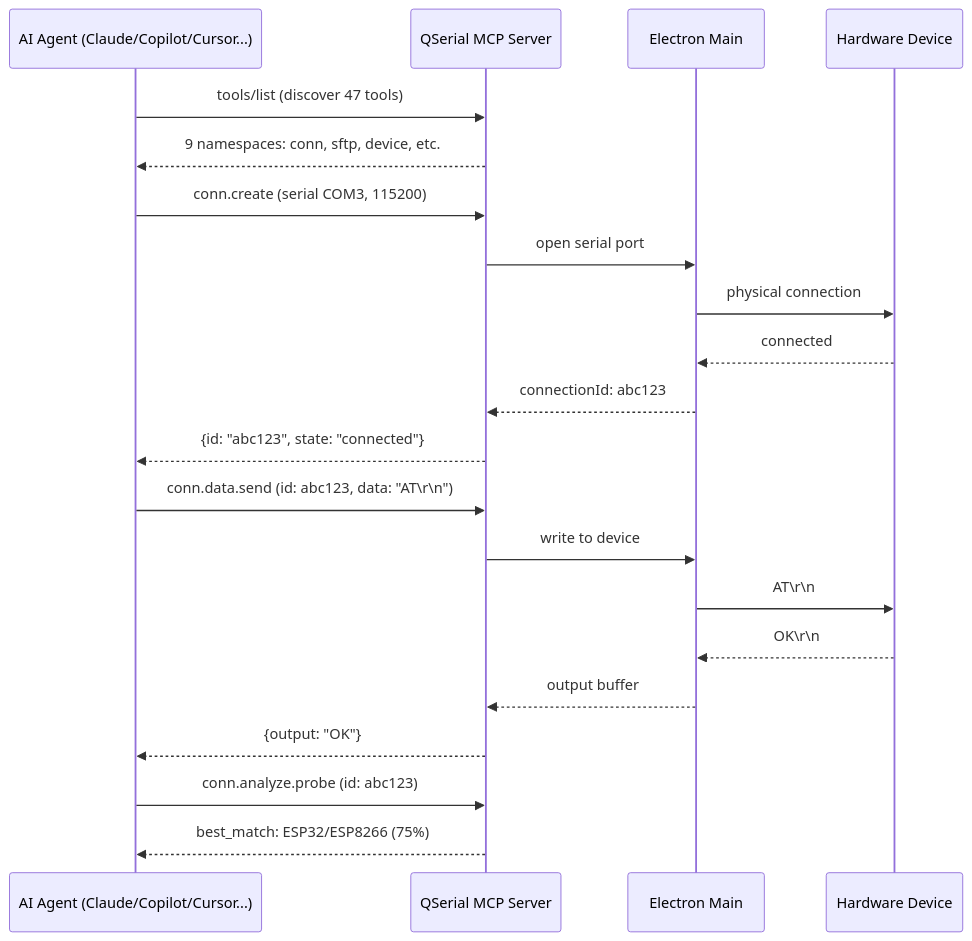
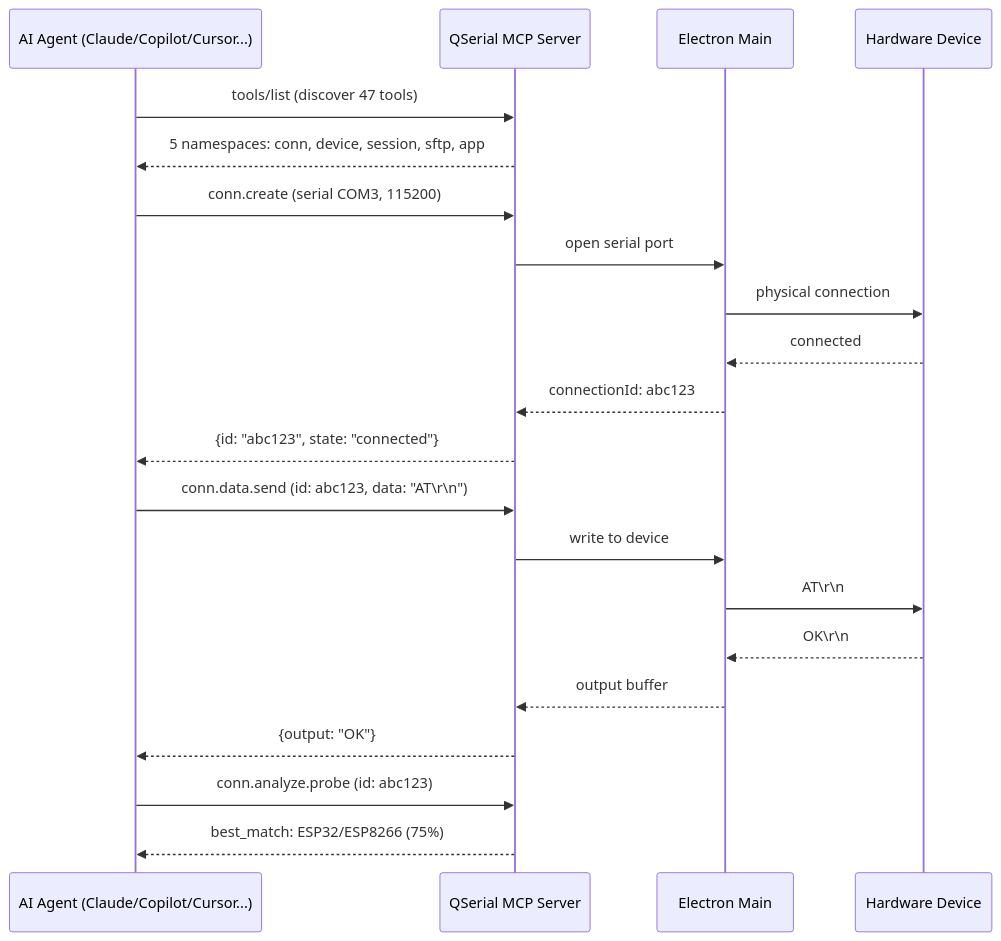
One commit to keleein/QSerial changed the diagram in README.md. Above: the diagram before and after it, drawn with Mermaid. The commit also changed 2 other files, not shown here.

Commit message:
fix(mcp): show sftp/record tools in MCP dialog and sync docs
- add record/sftp to CAT_ORDER so all 47 tools are visible in the dialog
- gitignore .reasonix/ (Codex desktop cache)
- README: correct namespace count from 9 to 5

````diff
--- a/README.md
+++ b/README.md
@@ -7,27 +7,27 @@
 ```mermaid
 sequenceDiagram
     participant AI as AI Agent (Claude/Copilot/Cursor...)
     participant MCP as QSerial MCP Server
     participant IPC as Electron Main
     participant HW as Hardware Device
 
     AI->>MCP: tools/list (discover 47 tools)
-    MCP-->>AI: 9 namespaces: conn, sftp, device, etc.
+    MCP-->>AI: 5 namespaces: conn, device, session, sftp, app
 
     AI->>MCP: conn.create (serial COM3, 115200)
     MCP->>IPC: open serial port
     IPC->>HW: physical connection
     HW-->>IPC: connected
     IPC-->>MCP: connectionId: abc123
     MCP-->>AI: {id: "abc123", state: "connected"}
 
     AI->>MCP: conn.data.send (id: abc123, data: "AT\r\n")
     MCP->>IPC: write to device
     IPC->>HW: AT\r\n
     HW-->>IPC: OK\r\n
     IPC-->>MCP: output buffer
     MCP-->>AI: {output: "OK"}
 
     AI->>MCP: conn.analyze.probe (id: abc123)
     MCP-->>AI: best_match: ESP32/ESP8266 (75%)
 ```
````
